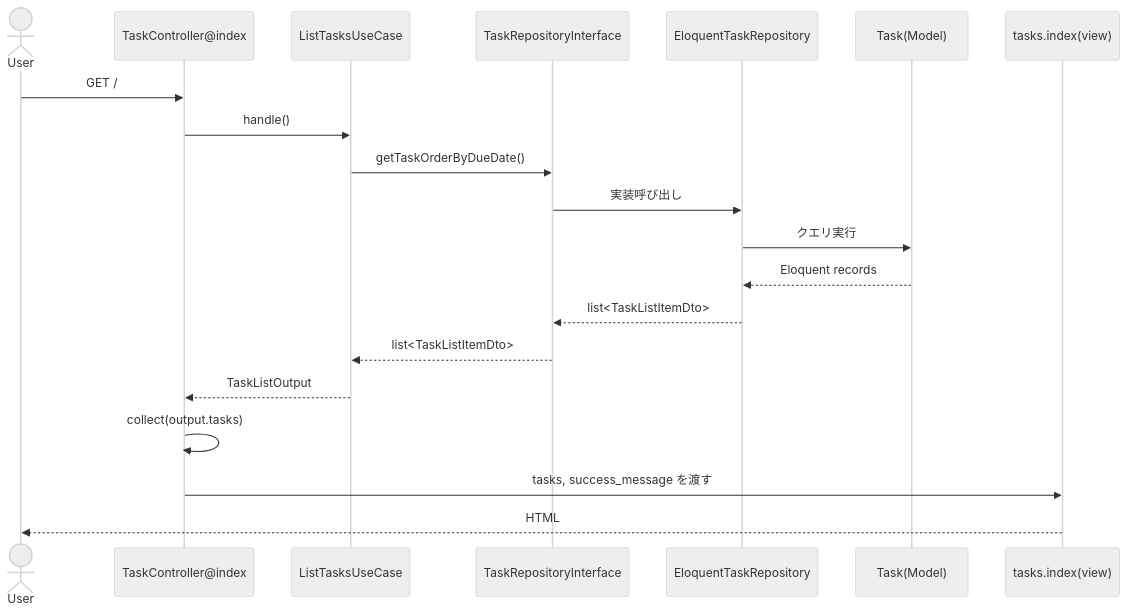
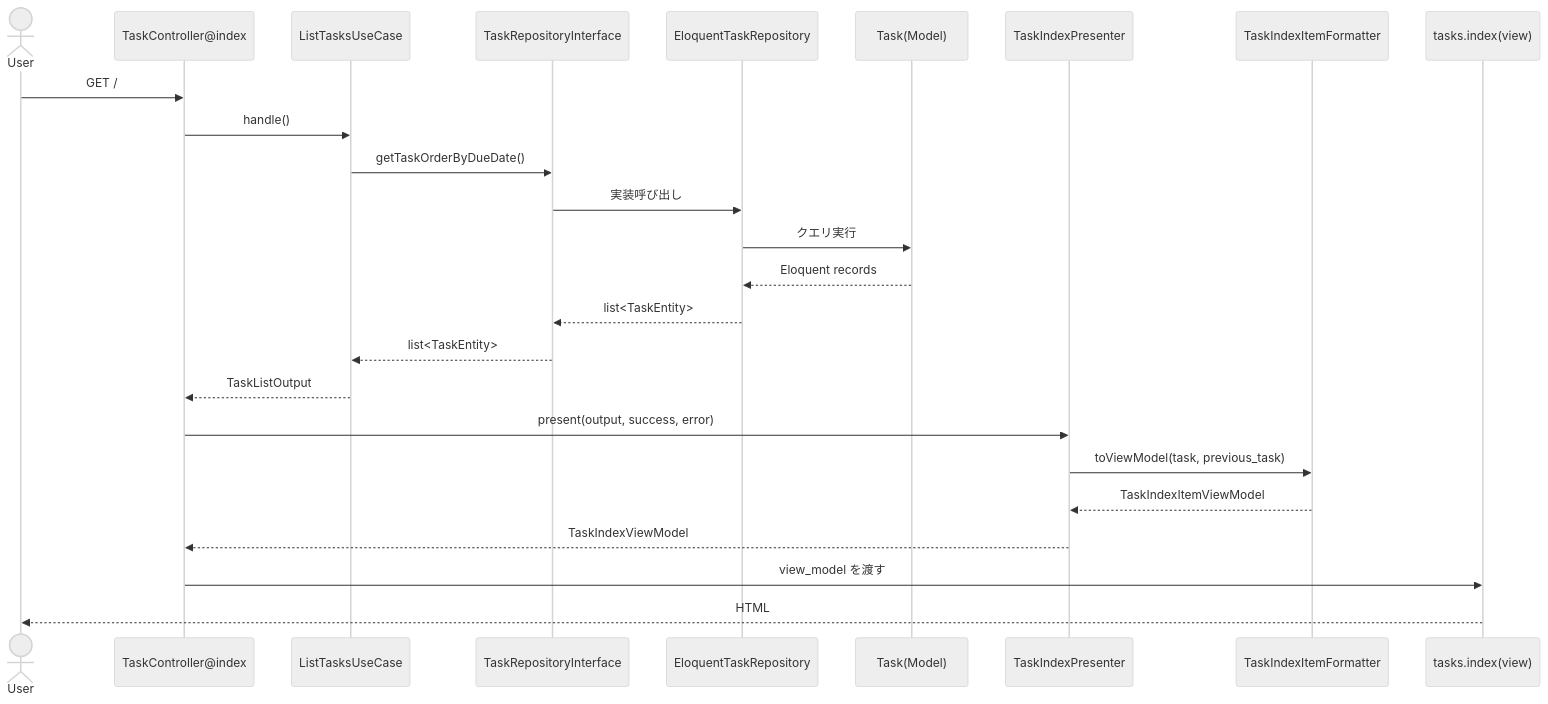
One commit to pasgroup/laravel-playground changed the second of 5 diagrams in docs/task-usecase-data-flow.md. Above: the diagram before and after it, drawn with Mermaid (neutral theme). The commit also changed other lines of this file and 56 other files, not shown here.

````diff
--- a/docs/task-usecase-data-flow.md
+++ b/docs/task-usecase-data-flow.md
@@ -39,23 +39,28 @@
 ```mermaid
 sequenceDiagram
     actor U as User
     participant C as TaskController@index
     participant LU as ListTasksUseCase
-    participant R as TaskRepositoryInterface
+    participant Repo as TaskRepositoryInterface
     participant ER as EloquentTaskRepository
     participant T as Task(Model)
+    participant P as TaskIndexPresenter
+    participant F as TaskIndexItemFormatter
     participant V as tasks.index(view)
 
     U->>C: GET /
     C->>LU: handle()
-    LU->>R: getTaskOrderByDueDate()
-    R->>ER: 実装呼び出し
+    LU->>Repo: getTaskOrderByDueDate()
+    Repo->>ER: 実装呼び出し
     ER->>T: クエリ実行
     T-->>ER: Eloquent records
-    ER-->>R: list<TaskListItemDto>
-    R-->>LU: list<TaskListItemDto>
+    ER-->>Repo: list<TaskEntity>
+    Repo-->>LU: list<TaskEntity>
     LU-->>C: TaskListOutput
-    C->>C: collect(output.tasks)
-    C->>V: tasks, success_message を渡す
+    C->>P: present(output, success, error)
+    P->>F: toViewModel(task, previous_task)
+    F-->>P: TaskIndexItemViewModel
+    P-->>C: TaskIndexViewModel
+    C->>V: view_model を渡す
     V-->>U: HTML
 ```
````
